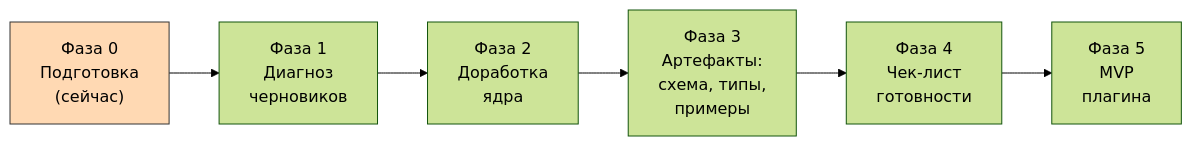
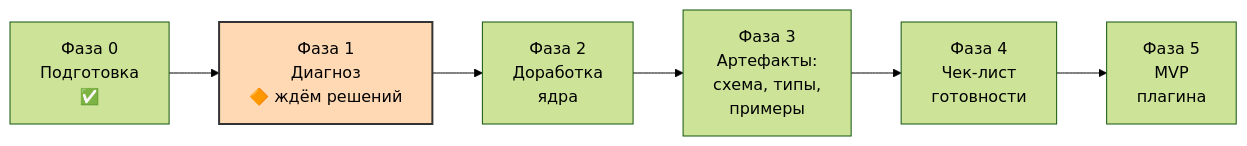
Before and after one commit to pashhha33/SB_Qwen_PKB: the diagram in docs/project-map/PROJECT_MAP.md, drawn with Mermaid (forest theme). The commit also changed other lines of this file and 13 other files, not shown here.

````diff
--- a/docs/project-map/PROJECT_MAP.md
+++ b/docs/project-map/PROJECT_MAP.md
@@ -30,9 +45,9 @@
 ```mermaid
 flowchart LR
-    F0["Фаза 0<br/>Подготовка<br/>(сейчас)"] --> F1["Фаза 1<br/>Диагноз<br/>черновиков"]
+    F0["Фаза 0<br/>Подготовка<br/>✅"] --> F1["Фаза 1<br/>Диагноз<br/>🔶 ждём решений"]
     F1 --> F2["Фаза 2<br/>Доработка<br/>ядра"]
     F2 --> F3["Фаза 3<br/>Артефакты:<br/>схема, типы,<br/>примеры"]
     F3 --> F4["Фаза 4<br/>Чек-лист<br/>готовности"]
     F4 --> F5["Фаза 5<br/>MVP<br/>плагина"]
-    style F0 fill:#ffd9b3,stroke:#333
+    style F1 fill:#ffd9b3,stroke:#333,stroke-width:2px
 ```
````
